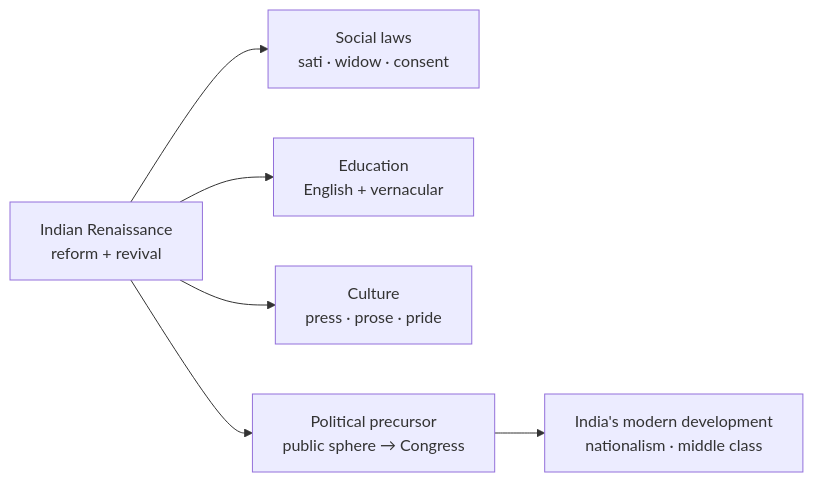
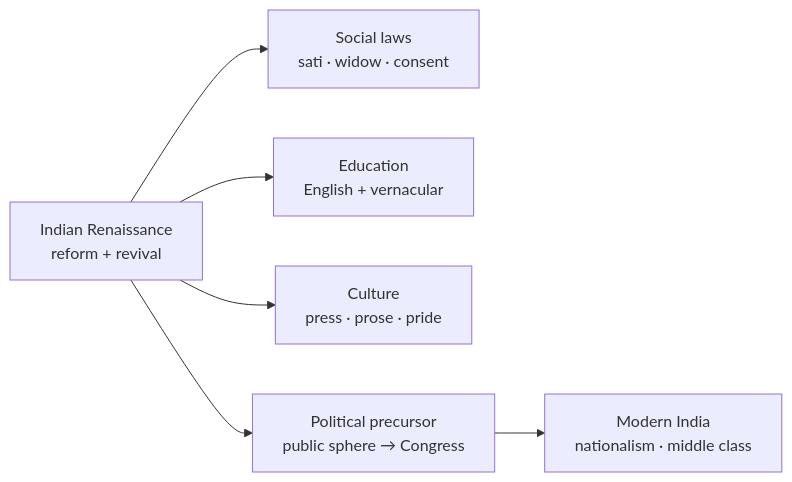
The second of 2 diagrams in mains-pyqs/GS-1/02_Modern_History/03_Reform_Movements.md (nitishpratap/UP-PCS), drawn with Mermaid before and after one commit. The commit also changed other lines of this file and 97 other files, not shown here.

````diff
--- a/mains-pyqs/GS-1/02_Modern_History/03_Reform_Movements.md
+++ b/mains-pyqs/GS-1/02_Modern_History/03_Reform_Movements.md
@@ -193,9 +168,9 @@
 ```mermaid
 flowchart LR
   R[Indian Renaissance<br/>reform + revival]
   R --> S[Social laws<br/>sati · widow · consent]
   R --> E[Education<br/>English + vernacular]
   R --> C[Culture<br/>press · prose · pride]
   R --> P[Political precursor<br/>public sphere → Congress]
-  P --> I[India's modern development<br/>nationalism · middle class]
+  P --> I[Modern India<br/>nationalism · middle class]
 ```
````
